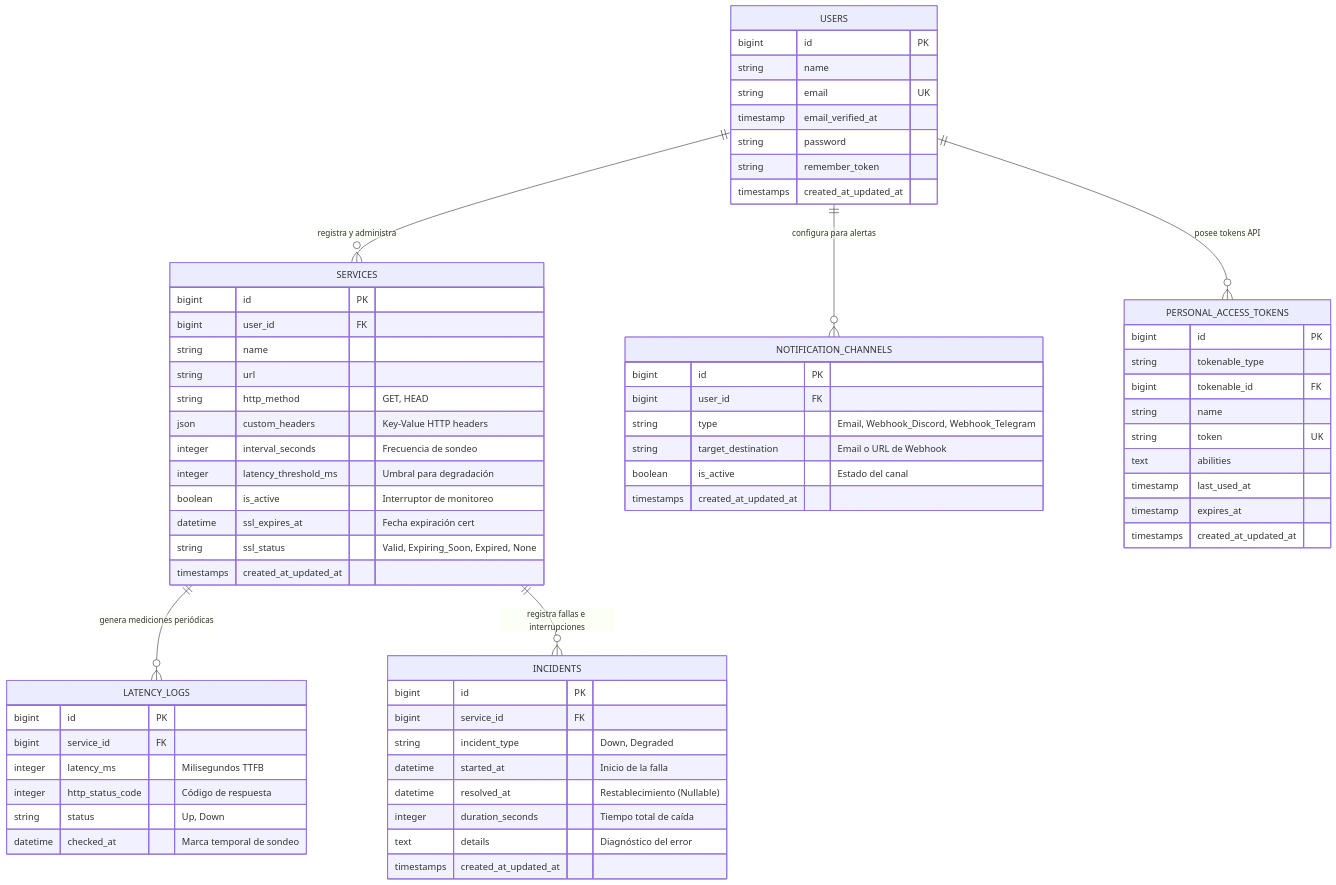
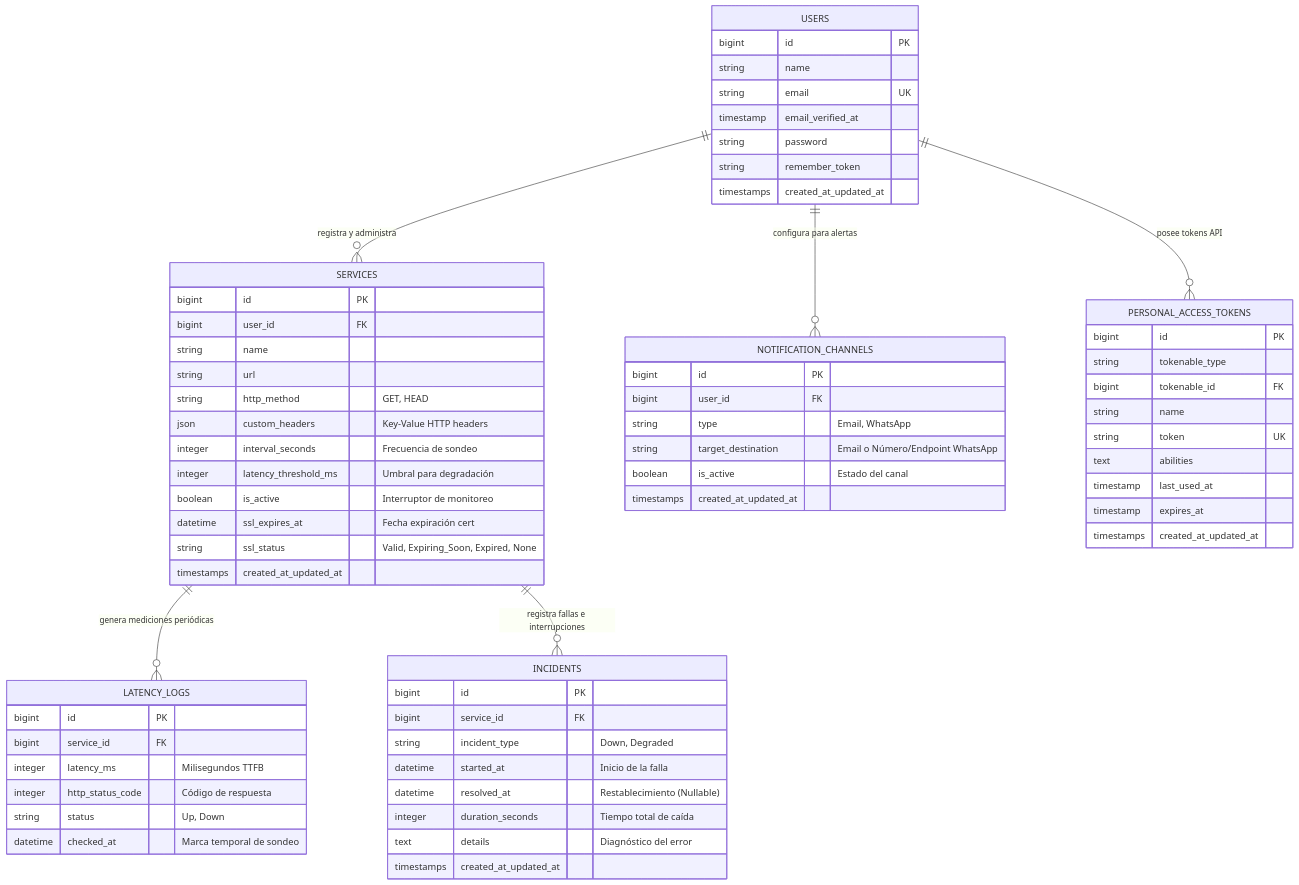
The third of 5 diagrams in ARCHITECTURE.md (OrtegaNidddd/UpTracker), drawn with Mermaid before and after one commit. The commit also changed other lines of this file and 1 other file, not shown here.

````diff
--- a/ARCHITECTURE.md
+++ b/ARCHITECTURE.md
@@ -240,74 +238,74 @@
 ```mermaid
 erDiagram
     USERS ||--o{ SERVICES : "registra y administra"
     USERS ||--o{ NOTIFICATION_CHANNELS : "configura para alertas"
     USERS ||--o{ PERSONAL_ACCESS_TOKENS : "posee tokens API"
     SERVICES ||--o{ LATENCY_LOGS : "genera mediciones periódicas"
     SERVICES ||--o{ INCIDENTS : "registra fallas e interrupciones"
 
     USERS {
         bigint id PK
         string name
         string email UK
         timestamp email_verified_at
         string password
         string remember_token
         timestamps created_at_updated_at
     }
 
     SERVICES {
         bigint id PK
         bigint user_id FK
         string name
         string url
         string http_method "GET, HEAD"
         json custom_headers "Key-Value HTTP headers"
         integer interval_seconds "Frecuencia de sondeo"
         integer latency_threshold_ms "Umbral para degradación"
         boolean is_active "Interruptor de monitoreo"
         datetime ssl_expires_at "Fecha expiración cert"
         string ssl_status "Valid, Expiring_Soon, Expired, None"
         timestamps created_at_updated_at
     }
 
     LATENCY_LOGS {
         bigint id PK
         bigint service_id FK
         integer latency_ms "Milisegundos TTFB"
         integer http_status_code "Código de respuesta"
         string status "Up, Down"
         datetime checked_at "Marca temporal de sondeo"
     }
 
     INCIDENTS {
         bigint id PK
         bigint service_id FK
         string incident_type "Down, Degraded"
         datetime started_at "Inicio de la falla"
         datetime resolved_at "Restablecimiento (Nullable)"
         integer duration_seconds "Tiempo total de caída"
         text details "Diagnóstico del error"
         timestamps created_at_updated_at
     }
 
     NOTIFICATION_CHANNELS {
         bigint id PK
         bigint user_id FK
-        string type "Email, Webhook_Discord, Webhook_Telegram"
-        string target_destination "Email o URL de Webhook"
+        string type "Email, WhatsApp"
+        string target_destination "Email o Número/Endpoint WhatsApp"
         boolean is_active "Estado del canal"
         timestamps created_at_updated_at
     }
 
     PERSONAL_ACCESS_TOKENS {
         bigint id PK
         string tokenable_type
         bigint tokenable_id FK
         string name
         string token UK
         text abilities
         timestamp last_used_at
         timestamp expires_at
         timestamps created_at_updated_at
     }
 ```
````
